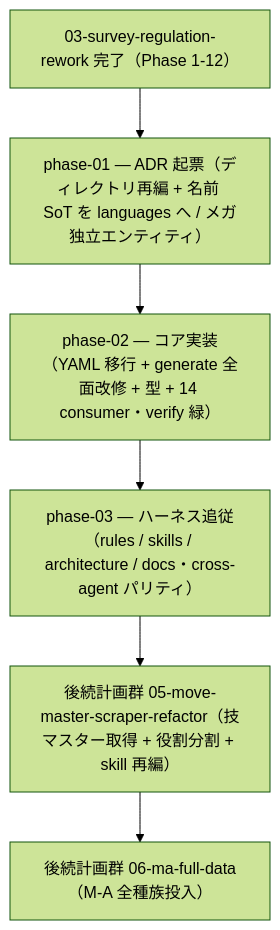
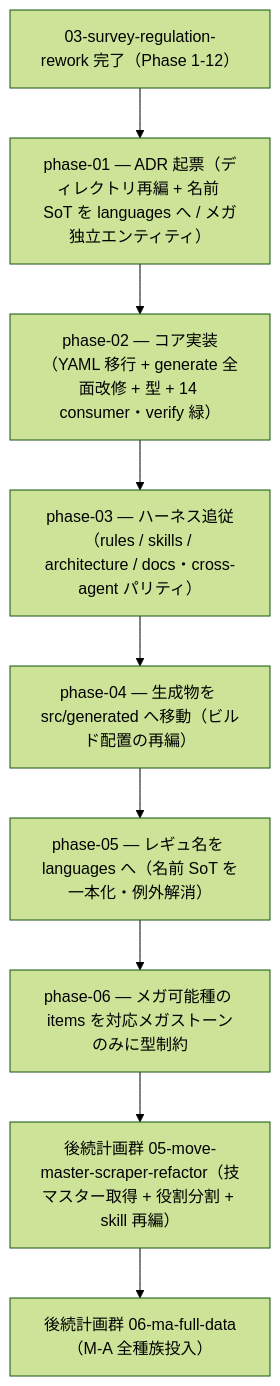
The diagram in docs/plan/04-generated-layout-redesign/README.md (subroh0508/pokeform), drawn with Mermaid (forest theme) before and after one commit. The commit also changed other lines of this file and 5 other files, not shown here.

````diff
--- a/docs/plan/04-generated-layout-redesign/README.md
+++ b/docs/plan/04-generated-layout-redesign/README.md
@@ -9,8 +9,11 @@
 ```mermaid
 flowchart TD
     P03[03-survey-regulation-rework 完了（Phase 1-12）] --> P1[phase-01 — ADR 起票（ディレクトリ再編 + 名前 SoT を languages へ / メガ独立エンティティ）]
     P1 --> P2[phase-02 — コア実装（YAML 移行 + generate 全面改修 + 型 + 14 consumer・verify 緑）]
     P2 --> P3[phase-03 — ハーネス追従（rules / skills / architecture / docs・cross-agent パリティ）]
-    P3 --> P05[後続計画群 05-move-master-scraper-refactor（技マスター取得 + 役割分割 + skill 再編）]
+    P3 --> P4[phase-04 — 生成物を src/generated へ移動（ビルド配置の再編）]
+    P4 --> P5[phase-05 — レギュ名を languages へ（名前 SoT を一本化・例外解消）]
+    P5 --> P6[phase-06 — メガ可能種の items を対応メガストーンのみに型制約]
+    P6 --> P05[後続計画群 05-move-master-scraper-refactor（技マスター取得 + 役割分割 + skill 再編）]
     P05 --> P06[後続計画群 06-ma-full-data（M-A 全種族投入）]
 ```
````
